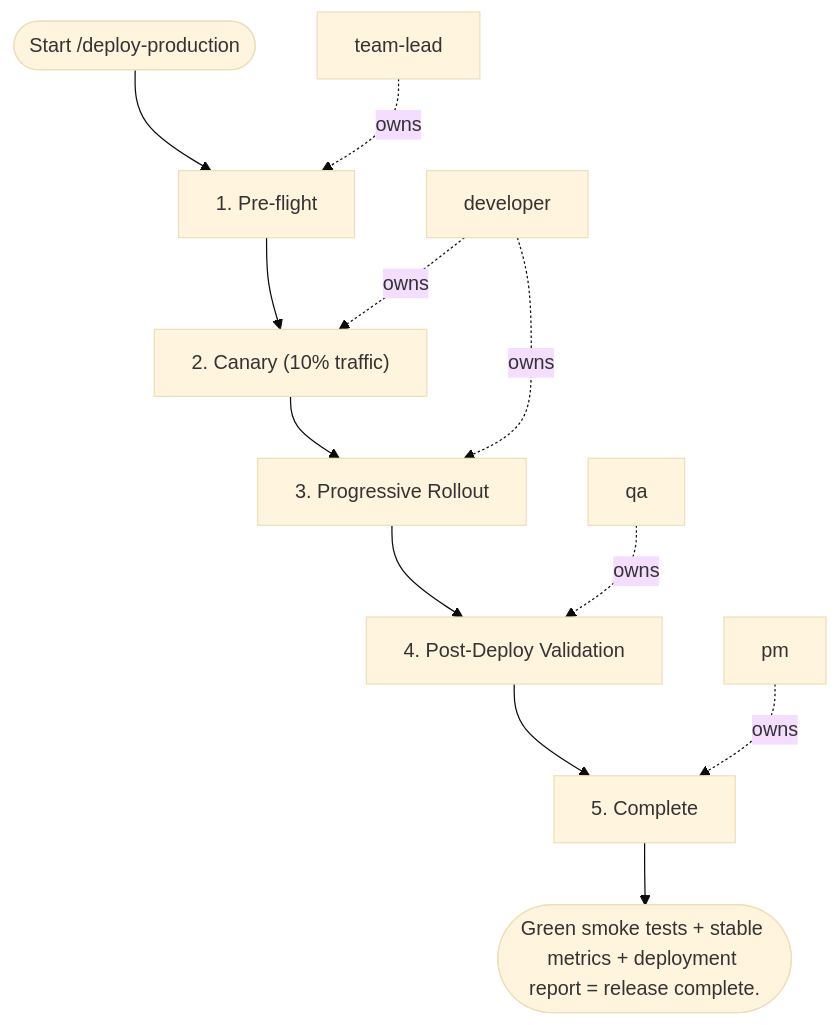
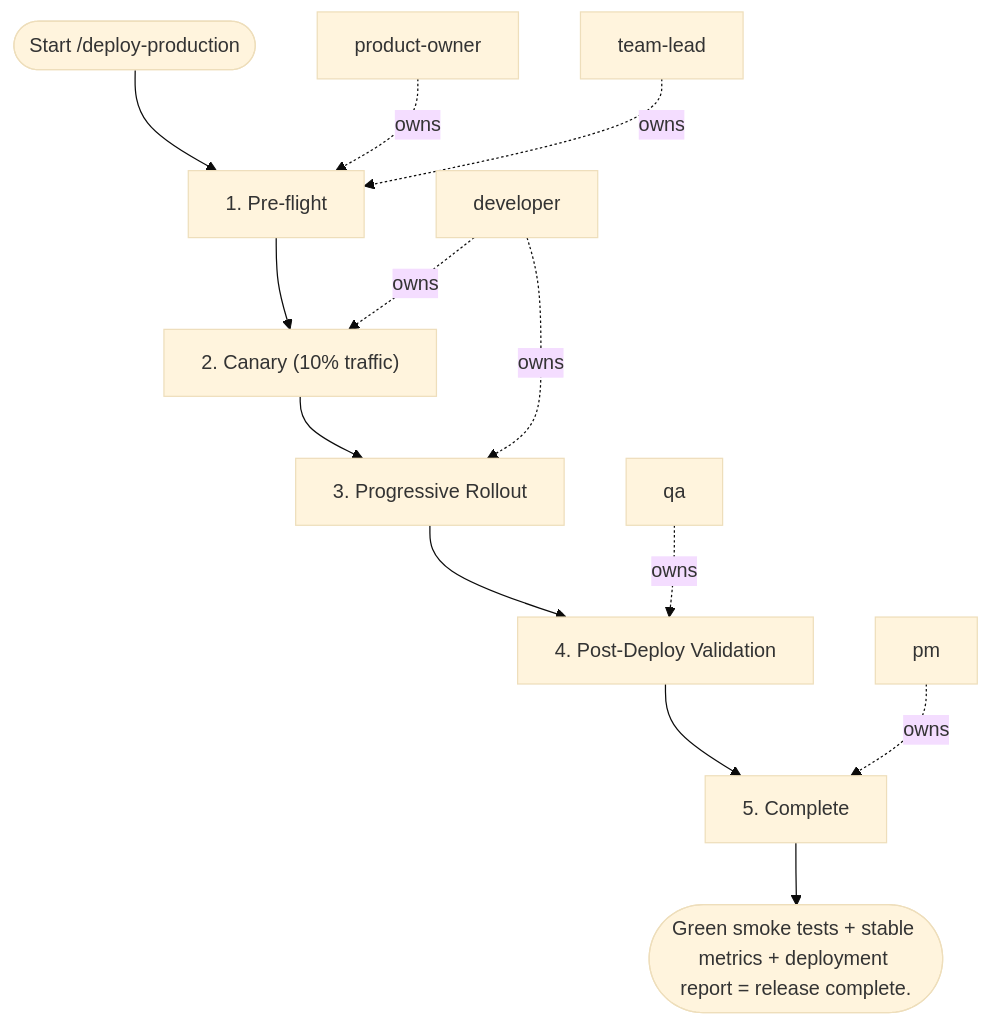
One commit to sawrus/agent-guides changed the diagram in areas/software/platform/workflows/deploy-production.md. Above: the diagram before and after it, drawn with Mermaid (base theme). The commit also changed other lines of this file and 76 other files, not shown here.

Commit message:
Standardize workflow product owner initiation

````diff
--- a/areas/software/platform/workflows/deploy-production.md
+++ b/areas/software/platform/workflows/deploy-production.md
@@ -69,25 +69,27 @@
 ```mermaid
 flowchart TD
   start(["Start /deploy-production"])
-  role_1["team-lead"]
-  role_2["developer"]
-  role_3["qa"]
-  role_4["pm"]
+  role_1["product-owner"]
+  role_2["team-lead"]
+  role_3["developer"]
+  role_4["qa"]
+  role_5["pm"]
   step_1["1. Pre-flight"]
   step_2["2. Canary (10% traffic)"]
   step_3["3. Progressive Rollout"]
   step_4["4. Post-Deploy Validation"]
   step_5["5. Complete"]
   exit(["Green smoke tests + stable metrics + deployment report = release complete."])
   start --> step_1
   step_1 --> step_2
   step_2 --> step_3
   step_3 --> step_4
   step_4 --> step_5
   step_5 --> exit
   role_1 -. owns .-> step_1
-  role_2 -. owns .-> step_2
-  role_2 -. owns .-> step_3
-  role_3 -. owns .-> step_4
-  role_4 -. owns .-> step_5
+  role_2 -. owns .-> step_1
+  role_3 -. owns .-> step_2
+  role_3 -. owns .-> step_3
+  role_4 -. owns .-> step_4
+  role_5 -. owns .-> step_5
 ```
````
